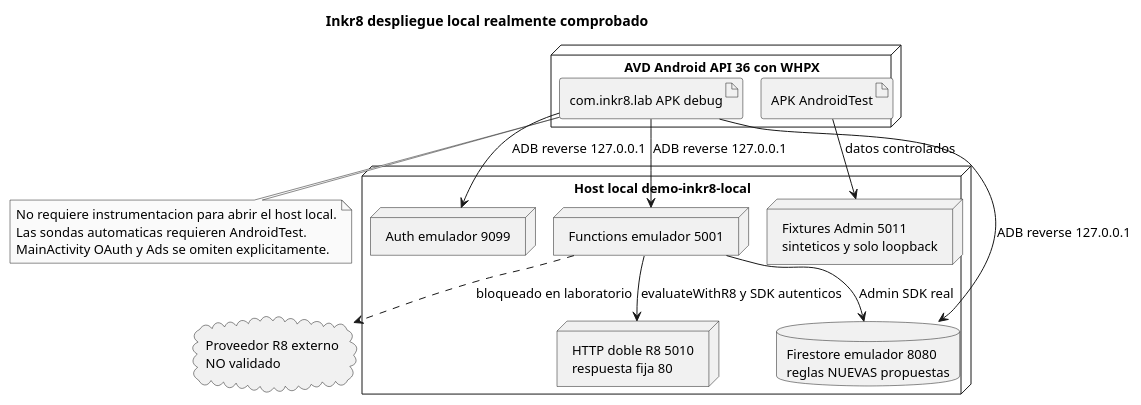
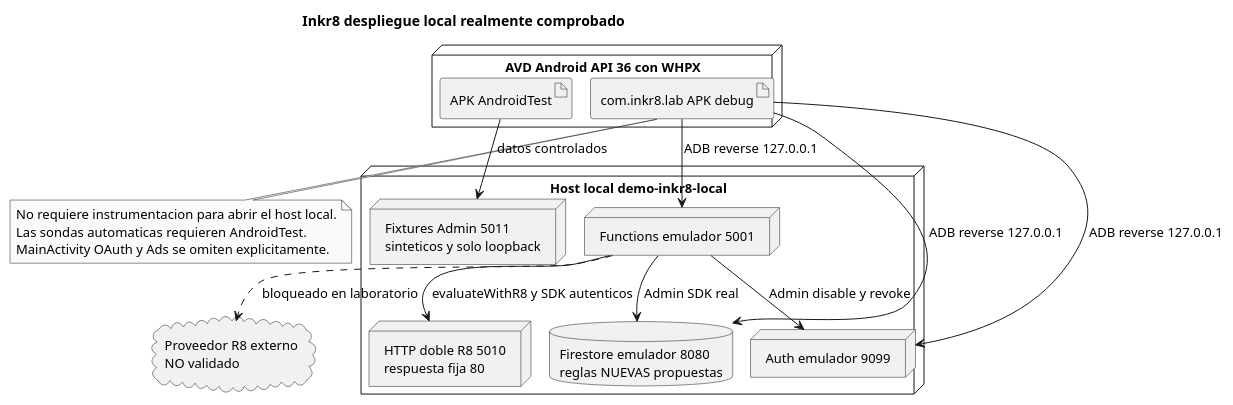
The diagram in delivery/uml/deployment.puml (Rnz5/Inkr8-ISW2), drawn with PlantUML before and after one commit. The commit also changed 62 other files, not shown here.

First line of the commit message:
test(delivery): verificar cierre Auth aprobado y renovar informe UML APK y evidencias

```diff
--- a/delivery/uml/deployment.puml
+++ b/delivery/uml/deployment.puml
@@ -1,32 +1,33 @@
 @startuml
 !pragma layout smetana
 skinparam monochrome true
 skinparam shadowing false
 skinparam defaultFontName Arial
 skinparam defaultFontSize 13
 title Inkr8 despliegue local realmente comprobado
 node "AVD Android API 36 con WHPX" as AVD {
  artifact "com.inkr8.lab APK debug" as APK
  artifact "APK AndroidTest" as TEST
 }
 node "Host local demo-inkr8-local" as Host {
  node "Auth emulador 9099" as Auth
  database "Firestore emulador 8080\nreglas NUEVAS propuestas" as FS
  node "Functions emulador 5001" as FN
  node "HTTP doble R8 5010\nrespuesta fija 80" as Mock
  node "Fixtures Admin 5011\nsinteticos y solo loopback" as Fixture
 }
 cloud "Proveedor R8 externo\nNO validado" as External
 APK --> Auth : ADB reverse 127.0.0.1
 APK --> FS : ADB reverse 127.0.0.1
 APK --> FN : ADB reverse 127.0.0.1
 TEST --> Fixture : datos controlados
 FN --> FS : Admin SDK real
+FN --> Auth : Admin disable y revoke
 FN --> Mock : evaluateWithR8 y SDK autenticos
 FN ..> External : bloqueado en laboratorio
 note bottom of APK
  No requiere instrumentacion para abrir el host local.
  Las sondas automaticas requieren AndroidTest.
  MainActivity OAuth y Ads se omiten explicitamente.
 end note
 @enduml
```
